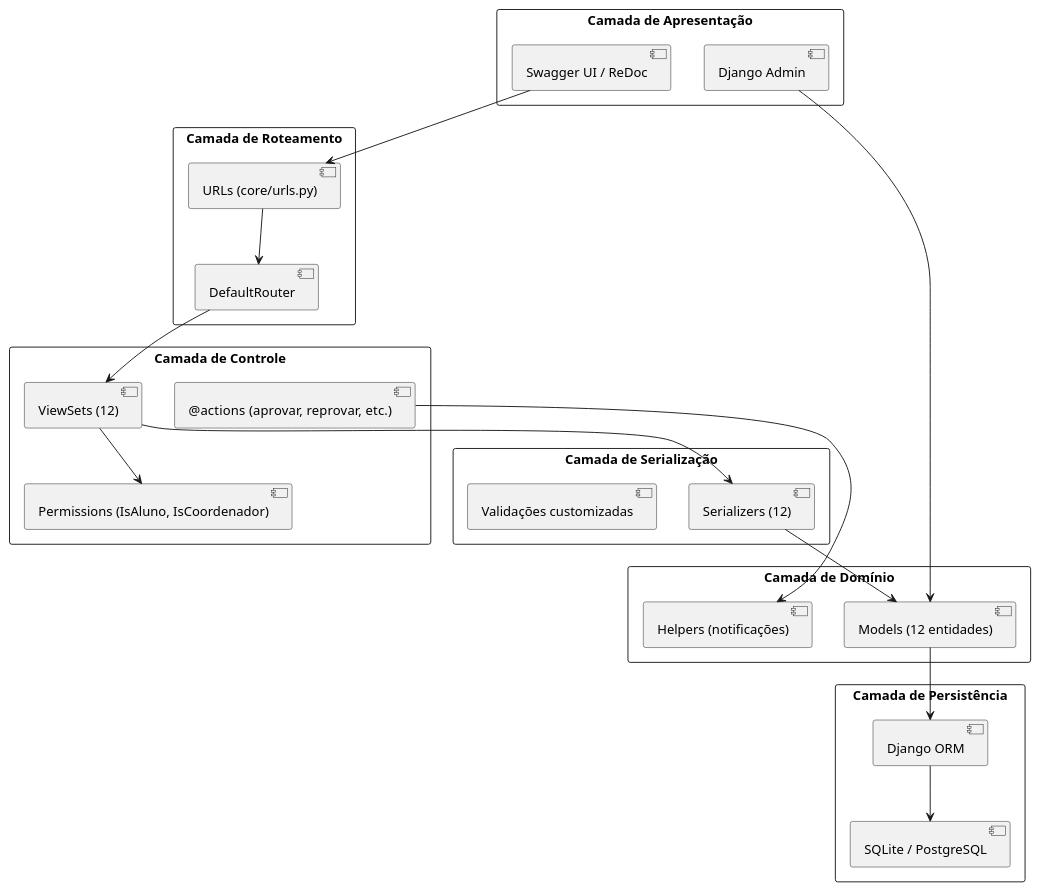
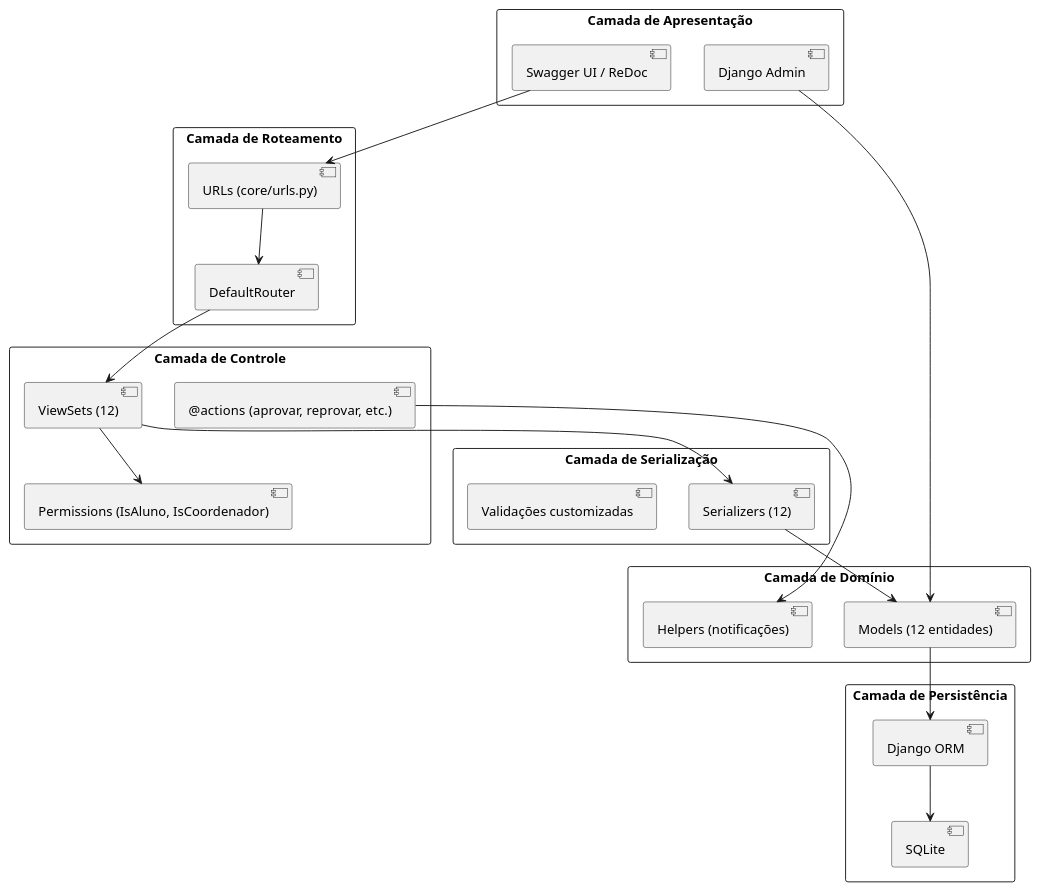
One commit to Projetos-de-Extensao/PBE_26.1_8001_V changed the second of 2 diagrams in docs/Elaboracao/das.md. Above: the diagram before and after it, drawn with PlantUML. The commit also changed other lines of this file and 17 other files, not shown here.

````diff
--- a/docs/Elaboracao/das.md
+++ b/docs/Elaboracao/das.md
@@ -133,47 +133,47 @@
 ```kroki-plantuml
 @startuml
 skinparam packageStyle rectangle
 
 package "Camada de Apresentação" {
   [Swagger UI / ReDoc]
   [Django Admin]
 }
 
 package "Camada de Roteamento" {
   [DefaultRouter]
   [URLs (core/urls.py)]
 }
 
 package "Camada de Controle" {
   [ViewSets (12)]
   [@actions (aprovar, reprovar, etc.)]
   [Permissions (IsAluno, IsCoordenador)]
 }
 
 package "Camada de Serialização" {
   [Serializers (12)]
   [Validações customizadas]
 }
 
 package "Camada de Domínio" {
   [Models (12 entidades)]
   [Helpers (notificações)]
 }
 
 package "Camada de Persistência" {
   [Django ORM]
-  [SQLite / PostgreSQL]
+  [SQLite]
 }
 
 [Swagger UI / ReDoc] --> [URLs (core/urls.py)]
 [Django Admin] --> [Models (12 entidades)]
 [URLs (core/urls.py)] --> [DefaultRouter]
 [DefaultRouter] --> [ViewSets (12)]
 [ViewSets (12)] --> [Serializers (12)]
 [ViewSets (12)] --> [Permissions (IsAluno, IsCoordenador)]
 [@actions (aprovar, reprovar, etc.)] --> [Helpers (notificações)]
 [Serializers (12)] --> [Models (12 entidades)]
 [Models (12 entidades)] --> [Django ORM]
-[Django ORM] --> [SQLite / PostgreSQL]
+[Django ORM] --> [SQLite]
 @enduml
 ```
````
